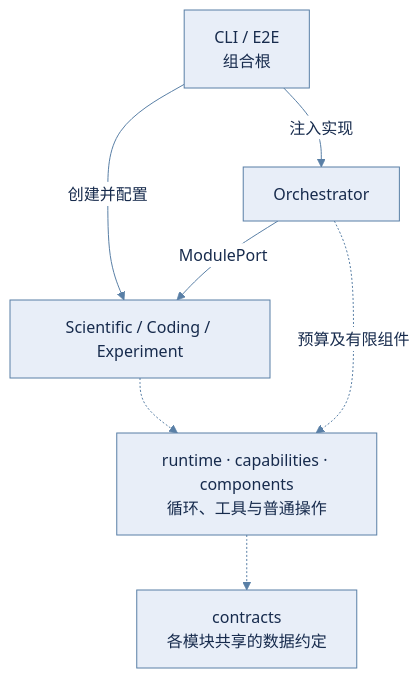
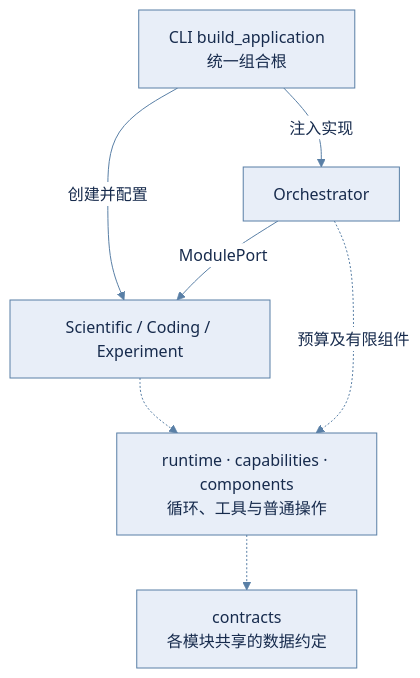
Before and after one commit to ylc123456789/ResAgent2: the second of 2 diagrams in docs/current/ARCHITECTURE.md, drawn with Mermaid. The commit also changed other lines of this file and 15 other files, not shown here.

Commit message:
refactor(e2e): reuse CLI application composition

````diff
--- a/docs/current/ARCHITECTURE.md
+++ b/docs/current/ARCHITECTURE.md
@@ -92,10 +92,10 @@
 ```mermaid
 %%{init: {"theme": "base", "themeVariables": {"primaryColor": "#e8eef8", "primaryTextColor": "#172b4d", "primaryBorderColor": "#597fa6", "lineColor": "#597fa6", "textColor": "#172b4d", "edgeLabelBackground": "#ffffff"}, "flowchart": {"nodeSpacing": 35, "rankSpacing": 55}}}%%
 flowchart TB
-    Root[CLI / E2E<br/>组合根] -->|注入实现| Orch[Orchestrator]
+    Root[CLI build_application<br/>统一组合根] -->|注入实现| Orch[Orchestrator]
     Root -->|创建并配置| Agents[Scientific / Coding / Experiment]
     Orch -->|ModulePort| Agents
     Agents -.-> Shared[runtime · capabilities · components<br/>循环、工具与普通操作]
     Orch -.->|预算及有限组件| Shared
     Shared -.-> Contracts[contracts<br/>各模块共享的数据约定]
 ```
````
